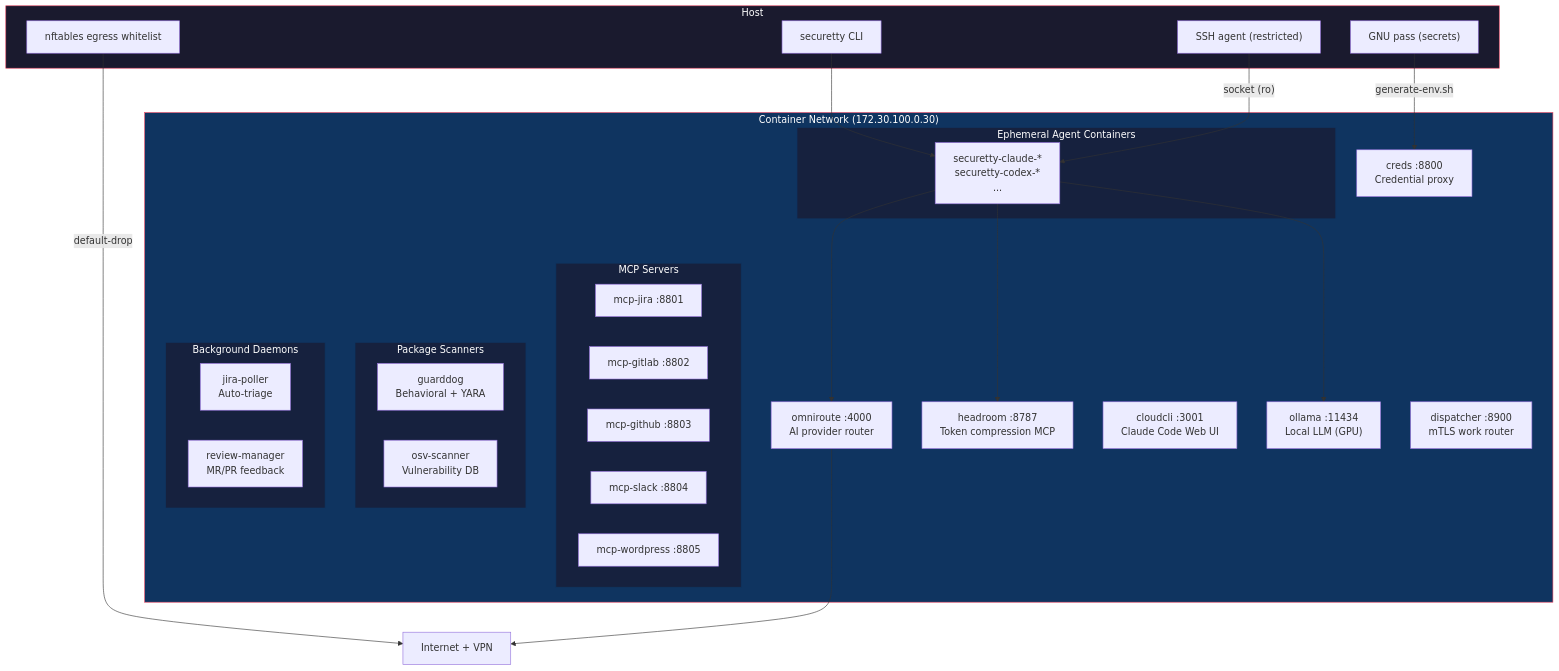
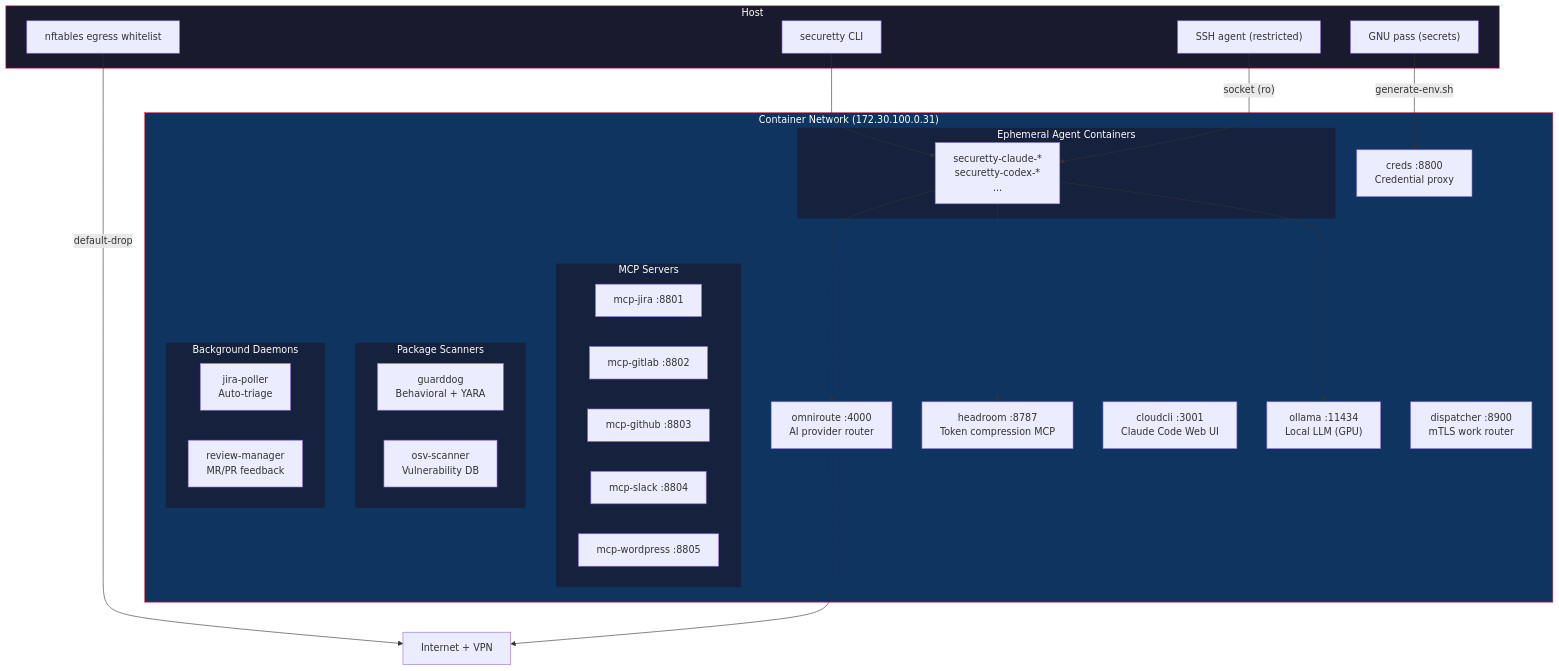
Before and after one commit to dmzoneill/securetty: the first of 2 diagrams in README.md, drawn with Mermaid. The commit also changed 1 other file, not shown here.

Commit message:
chore: bump version to v0.0.31

````diff
--- a/README.md
+++ b/README.md
@@ -7,58 +7,58 @@
 ```mermaid
 graph TD
     Internet["Internet + VPN"]
 
     subgraph host["Host"]
         CLI["securetty CLI"]
         SSHAgent["SSH agent (restricted)"]
         Pass["GNU pass (secrets)"]
         Egress["nftables egress whitelist"]
     end
 
-    subgraph network["Container Network (172.30.100.0.30)"]
+    subgraph network["Container Network (172.30.100.0.31)"]
         OmniRoute["omniroute :4000\nAI provider router"]
         Headroom["headroom :8787\nToken compression MCP"]
         CloudCLI["cloudcli :3001\nClaude Code Web UI"]
         Ollama["ollama :11434\nLocal LLM (GPU)"]
         Creds["creds :8800\nCredential proxy"]
         Dispatcher["dispatcher :8900\nmTLS work router"]
 
         subgraph mcp["MCP Servers"]
             Jira["mcp-jira :8801"]
             GitLab["mcp-gitlab :8802"]
             GitHub["mcp-github :8803"]
             Slack["mcp-slack :8804"]
             WordPress["mcp-wordpress :8805"]
         end
 
         subgraph scanners["Package Scanners"]
             GuardDog["guarddog\nBehavioral + YARA"]
             OSV["osv-scanner\nVulnerability DB"]
         end
 
         subgraph agents["Ephemeral Agent Containers"]
             Dev["securetty-claude-*\nsecuretty-codex-*\n..."]
         end
 
         subgraph daemons["Background Daemons"]
             JiraPoller["jira-poller\nAuto-triage"]
             ReviewMgr["review-manager\nMR/PR feedback"]
         end
     end
 
     CLI --> Dev
     Pass -->|"generate-env.sh"| Creds
     SSHAgent -->|"socket (ro)"| Dev
     Egress -->|"default-drop"| Internet
     Dev --> OmniRoute
     Dev --> Headroom
     Dev --> Ollama
     OmniRoute --> Internet
 
     style network fill:#0f3460,stroke:#e94560,color:#fff
     style host fill:#1a1a2e,stroke:#e94560,color:#fff
     style mcp fill:#16213e,stroke:#0f3460,color:#fff
     style scanners fill:#16213e,stroke:#0f3460,color:#fff
     style agents fill:#16213e,stroke:#0f3460,color:#fff
     style daemons fill:#16213e,stroke:#0f3460,color:#fff
 ```
````
